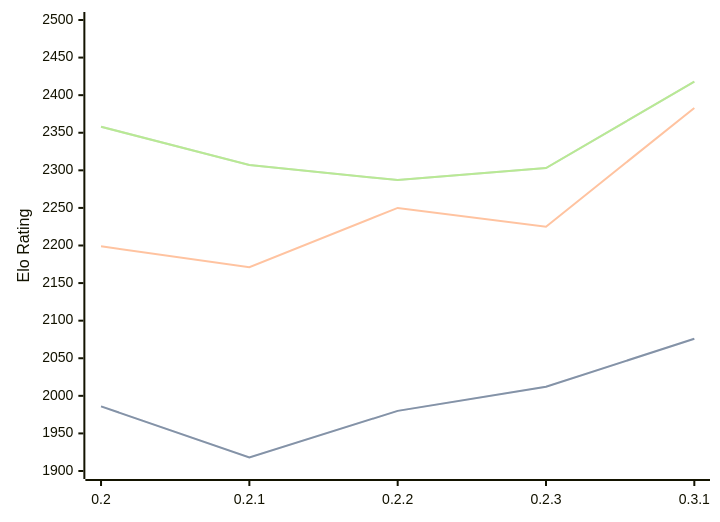
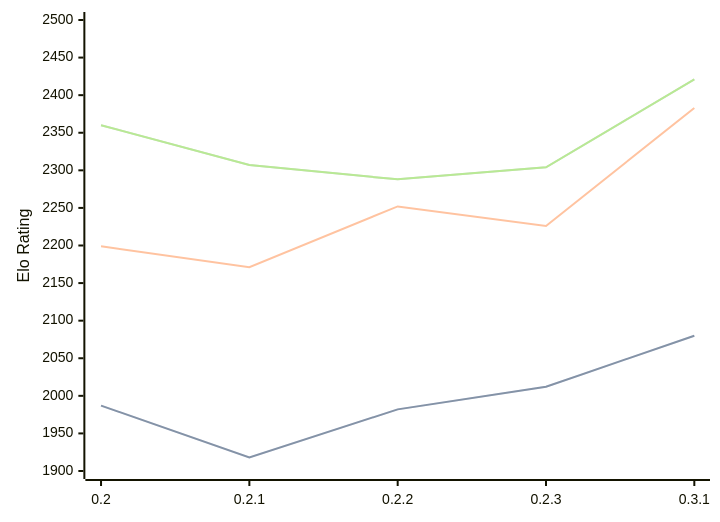
The diagram in engines/Lolbot.md (computer-chess-index/cci), drawn with Mermaid before and after one commit. The commit also changed other lines of this file, not shown here.

Commit message:
Update CCI Ratings (ELO VLTC) - 2026-07-23

````diff
--- a/engines/Lolbot.md
+++ b/engines/Lolbot.md
@@ -36,11 +36,11 @@
 ```mermaid
 %%{init: {"theme":"base","themeVariables":{"seriesColors:['#a3a3a3','#222221','#faa371']}}}%%
 xychart-beta
   x-axis ["0.2", "0.2.1", "0.2.2", "0.2.3", "0.3.1"]
   y-axis "Elo Rating" 1900 --> 2500
-  line "STC (8.0+0.08s)" [1986, 1918, 1980, 2012, 2076]
-  line "STC (8.0+0.08s)" [1986, 1918, 1980, 2012, 2076]
-  line "LTC (60.0+0.60s)" [2199, 2171, 2250, 2225, 2383]
-  line "VLTC (2m24s+1.12s)" [2358, 2307, 2287, 2303, 2418]
-  line "VLTC (2m24s+1.12s)" [2358, 2307, 2287, 2303, 2418]
+  line "STC (8.0+0.08s)" [1987, 1918, 1982, 2012, 2080]
+  line "STC (8.0+0.08s)" [1987, 1918, 1982, 2012, 2080]
+  line "LTC (60.0+0.60s)" [2199, 2171, 2252, 2226, 2383]
+  line "VLTC (2m24s+1.12s)" [2360, 2307, 2288, 2304, 2421]
+  line "VLTC (2m24s+1.12s)" [2360, 2307, 2288, 2304, 2421]
 ```
````
